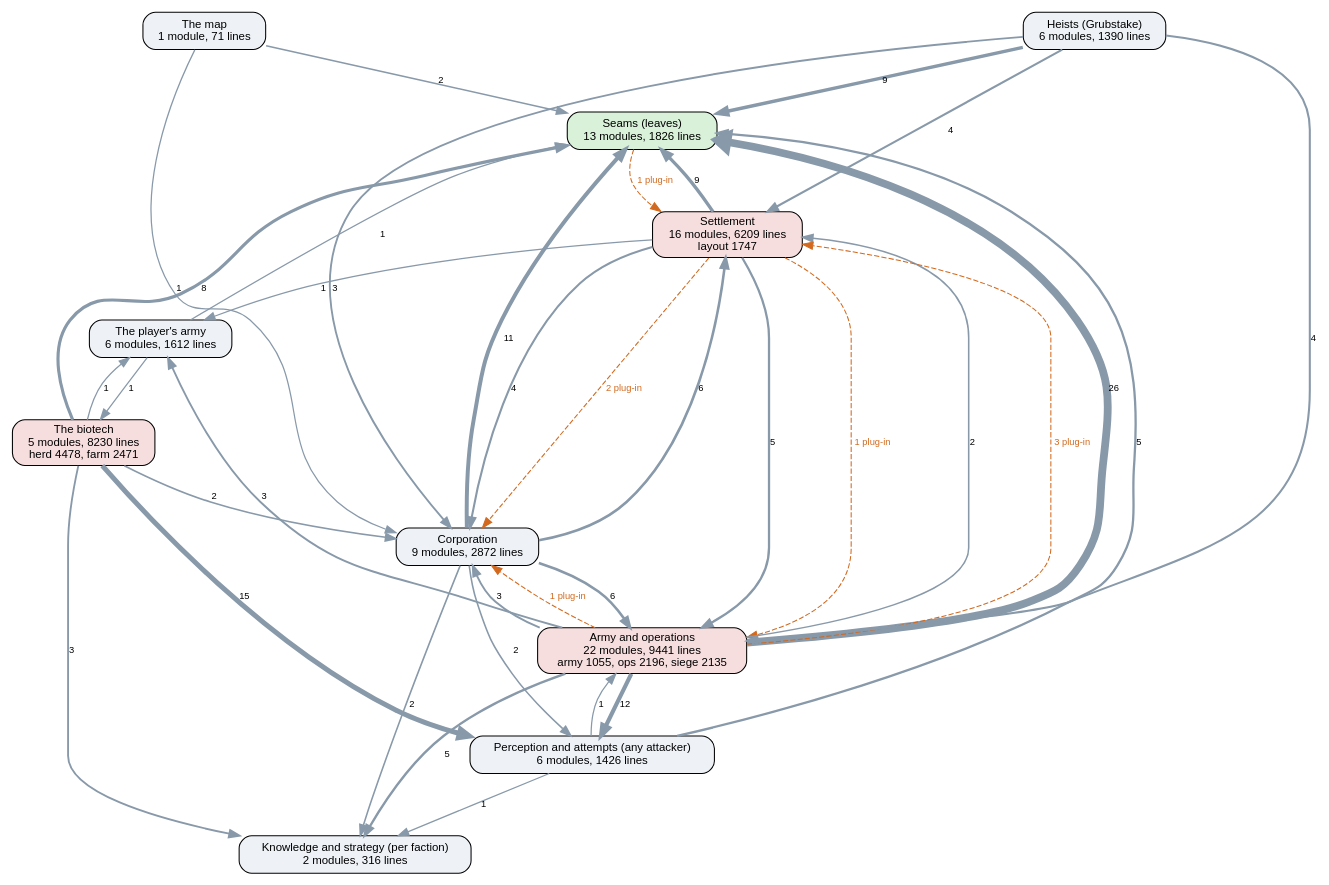
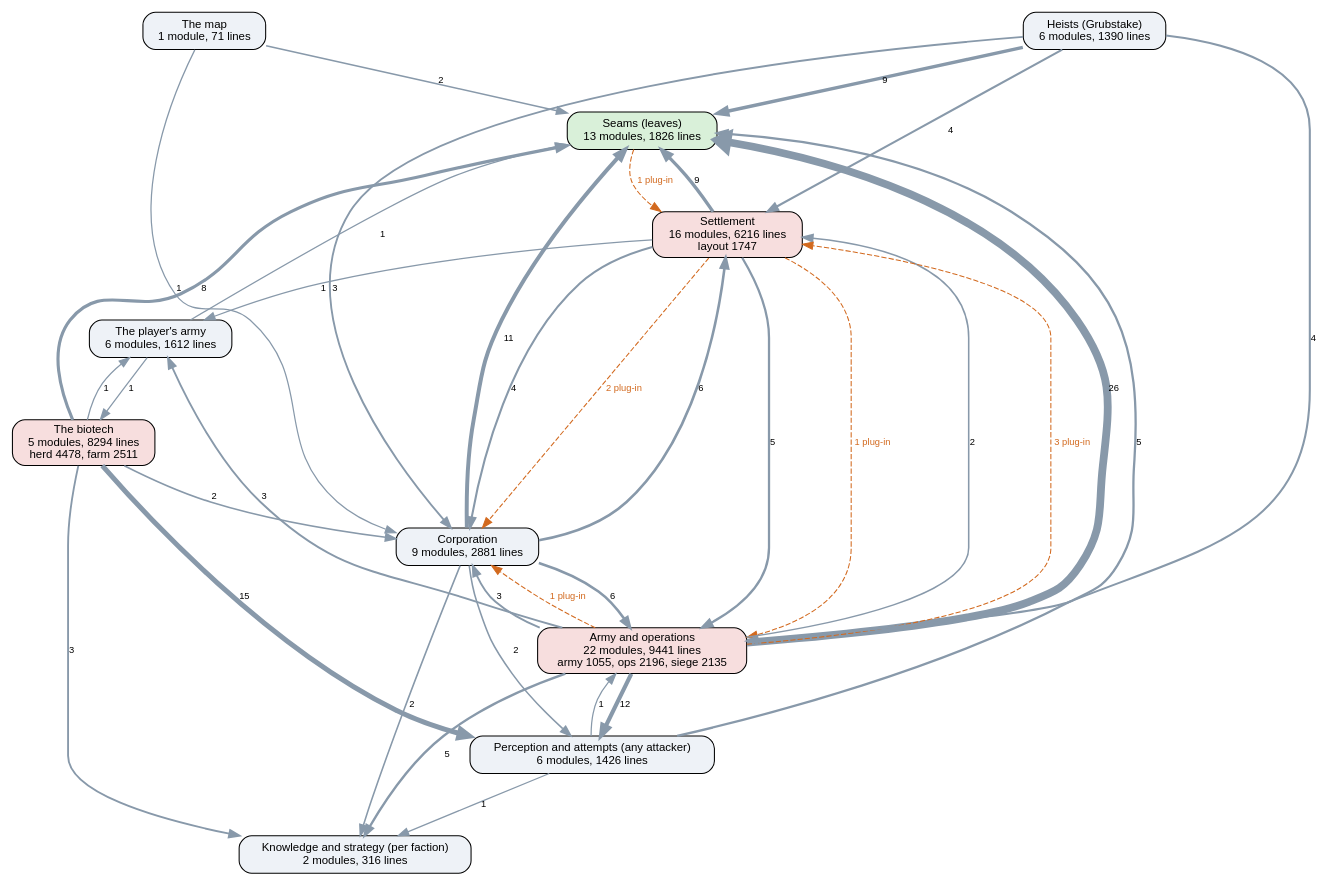
The diagram in docs/ai-layers.dot (kinelhu/landing-party), drawn with Graphviz before and after one commit. The commit also changed 15 other files, not shown here.

```diff
--- a/docs/ai-layers.dot
+++ b/docs/ai-layers.dot
@@ -1,51 +1,51 @@
 digraph layers {
   graph [rankdir=TB, fontname="Helvetica", nodesep=0.5, ranksep=0.7];
   node [shape=box, style="rounded,filled", fontname="Helvetica", fontsize=11, fillcolor="#eef2f7"];
   edge [color="#8899aa", fontname="Helvetica", fontsize=9];
   "Seams (leaves)" [label="Seams (leaves)\n13 modules, 1826 lines", fillcolor="#d9f0d9"];
   "Perception and attempts (any attacker)" [label="Perception and attempts (any attacker)\n6 modules, 1426 lines", fillcolor="#eef2f7"];
   "Knowledge and strategy (per faction)" [label="Knowledge and strategy (per faction)\n2 modules, 316 lines", fillcolor="#eef2f7"];
-  "Corporation" [label="Corporation\n9 modules, 2872 lines", fillcolor="#eef2f7"];
-  "Settlement" [label="Settlement\n16 modules, 6209 lines\nlayout 1747", fillcolor="#f7dede"];
+  "Corporation" [label="Corporation\n9 modules, 2881 lines", fillcolor="#eef2f7"];
+  "Settlement" [label="Settlement\n16 modules, 6216 lines\nlayout 1747", fillcolor="#f7dede"];
   "Army and operations" [label="Army and operations\n22 modules, 9441 lines\narmy 1055, ops 2196, siege 2135", fillcolor="#f7dede"];
   "Heists (Grubstake)" [label="Heists (Grubstake)\n6 modules, 1390 lines", fillcolor="#eef2f7"];
-  "The biotech" [label="The biotech\n5 modules, 8230 lines\nherd 4478, farm 2471", fillcolor="#f7dede"];
+  "The biotech" [label="The biotech\n5 modules, 8294 lines\nherd 4478, farm 2511", fillcolor="#f7dede"];
   "The map" [label="The map\n1 module, 71 lines", fillcolor="#eef2f7"];
   "The player's army" [label="The player's army\n6 modules, 1612 lines", fillcolor="#eef2f7"];
   "Army and operations" -> "Corporation" [label="3", penwidth=1.8];
   "Army and operations" -> "Knowledge and strategy (per faction)" [label="5", penwidth=2.2];
   "Army and operations" -> "Perception and attempts (any attacker)" [label="12", penwidth=4.0];
   "Army and operations" -> "Seams (leaves)" [label="26", penwidth=7.5];
   "Army and operations" -> "Settlement" [label="2", penwidth=1.5];
   "Army and operations" -> "The player's army" [label="3", penwidth=1.8];
   "Corporation" -> "Army and operations" [label="6", penwidth=2.5];
   "Corporation" -> "Knowledge and strategy (per faction)" [label="2", penwidth=1.5];
   "Corporation" -> "Perception and attempts (any attacker)" [label="2", penwidth=1.5];
   "Corporation" -> "Seams (leaves)" [label="11", penwidth=3.8];
   "Corporation" -> "Settlement" [label="6", penwidth=2.5];
   "Heists (Grubstake)" -> "Army and operations" [label="4", penwidth=2.0];
   "Heists (Grubstake)" -> "Corporation" [label="3", penwidth=1.8];
   "Heists (Grubstake)" -> "Seams (leaves)" [label="9", penwidth=3.2];
   "Heists (Grubstake)" -> "Settlement" [label="4", penwidth=2.0];
   "Perception and attempts (any attacker)" -> "Army and operations" [label="1", penwidth=1.2];
   "Perception and attempts (any attacker)" -> "Knowledge and strategy (per faction)" [label="1", penwidth=1.2];
   "Perception and attempts (any attacker)" -> "Seams (leaves)" [label="5", penwidth=2.2];
   "Settlement" -> "Army and operations" [label="5", penwidth=2.2];
   "Settlement" -> "Corporation" [label="4", penwidth=2.0];
   "Settlement" -> "Seams (leaves)" [label="9", penwidth=3.2];
   "Settlement" -> "The player's army" [label="1", penwidth=1.2];
   "The biotech" -> "Corporation" [label="2", penwidth=1.5];
   "The biotech" -> "Knowledge and strategy (per faction)" [label="3", penwidth=1.8];
   "The biotech" -> "Perception and attempts (any attacker)" [label="15", penwidth=4.8];
   "The biotech" -> "Seams (leaves)" [label="8", penwidth=3.0];
   "The biotech" -> "The player's army" [label="1", penwidth=1.2];
   "The map" -> "Corporation" [label="1", penwidth=1.2];
   "The map" -> "Seams (leaves)" [label="2", penwidth=1.5];
   "The player's army" -> "Seams (leaves)" [label="1", penwidth=1.2];
   "The player's army" -> "The biotech" [label="1", penwidth=1.2];
   "Army and operations" -> "Corporation" [style=dashed, color="#d2691e", fontcolor="#d2691e", label="1 plug-in"];
   "Army and operations" -> "Settlement" [style=dashed, color="#d2691e", fontcolor="#d2691e", label="3 plug-in"];
   "Seams (leaves)" -> "Settlement" [style=dashed, color="#d2691e", fontcolor="#d2691e", label="1 plug-in"];
   "Settlement" -> "Army and operations" [style=dashed, color="#d2691e", fontcolor="#d2691e", label="1 plug-in"];
   "Settlement" -> "Corporation" [style=dashed, color="#d2691e", fontcolor="#d2691e", label="2 plug-in"];
 }
```
